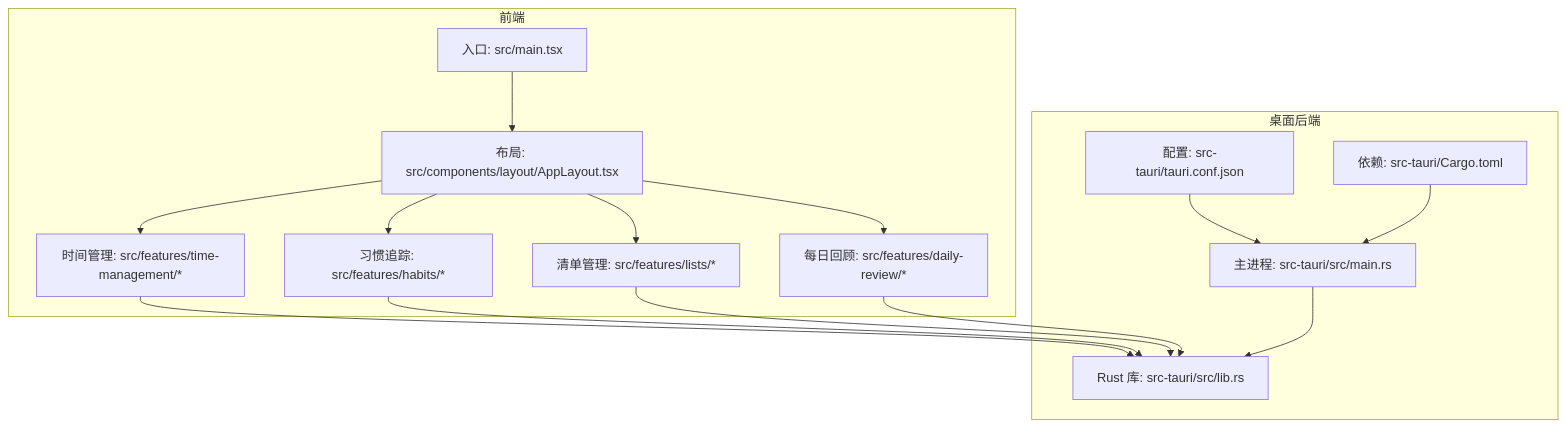
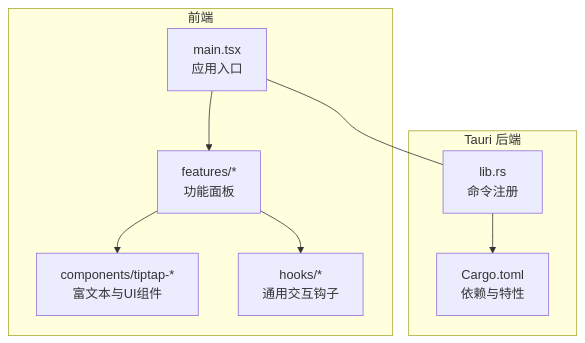
The first of 8 diagrams in .qoder/repowiki/zh/content/项目概述/项目介绍.md (gzdxhujiale/FishWorker), drawn with Mermaid before and after one commit. The commit also changed other lines of this file and 238 other files, not shown here.

````diff
--- a/.qoder/repowiki/zh/content/项目概述/项目介绍.md
+++ b/.qoder/repowiki/zh/content/项目概述/项目介绍.md
@@ -51,29 +62,12 @@
 ```mermaid
 graph TB
 subgraph "前端"
-A["入口: src/main.tsx"]
-B["布局: src/components/layout/AppLayout.tsx"]
-C["时间管理: src/features/time-management/*"]
-D["习惯追踪: src/features/habits/*"]
-E["清单管理: src/features/lists/*"]
-F["每日回顾: src/features/daily-review/*"]
+A["main.tsx<br/>应用入口"] --> B["features/*<br/>功能面板"]
+B --> C["components/tiptap-*<br/>富文本与UI组件"]
+B --> D["hooks/*<br/>通用交互钩子"]
 end
-subgraph "桌面后端"
-G["Rust 库: src-tauri/src/lib.rs"]
-H["主进程: src-tauri/src/main.rs"]
-I["配置: src-tauri/tauri.conf.json"]
-J["依赖: src-tauri/Cargo.toml"]
+subgraph "Tauri 后端"
+E["lib.rs<br/>命令注册"] --> F["Cargo.toml<br/>依赖与特性"]
 end
-A --> B
-B --> C
-B --> D
-B --> E
-B --> F
-C --> G
-D --> G
-E --> G
-F --> G
-H --> G
-I --> H
-J --> H
+A --- E
 ```
````
